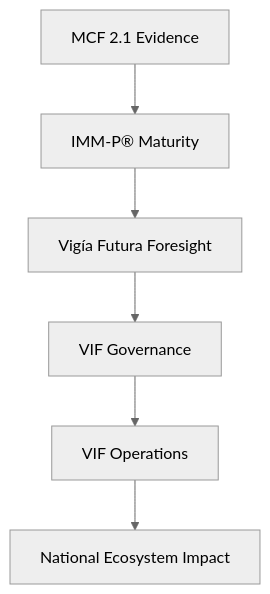
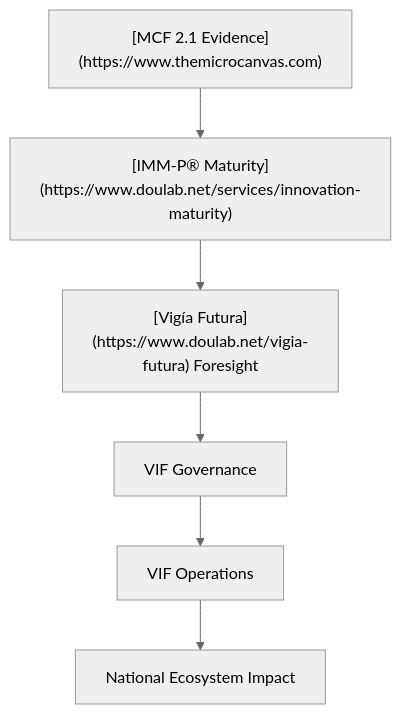
The first of 2 diagrams in vif/00-executive-summary.md (doulabglobal/vigia-incubanet-framework), drawn with Mermaid (neutral theme) before and after one commit. The commit also changed other lines of this file and 22 other files, not shown here.

Commit message:
chore: Updated links to Doulab, IMM-P, Vigia Futura and MicroCanvas Framework. Added the license project wide

````diff
--- a/vif/00-executive-summary.md
+++ b/vif/00-executive-summary.md
@@ -104,8 +104,8 @@
 ```mermaid
 flowchart TD
-    A[MCF 2.1 Evidence] --> B[IMM-P® Maturity]
-    B --> C[Vigía Futura Foresight]
+    A["[MCF 2.1 Evidence](https://www.themicrocanvas.com)"] --> B["[IMM-P® Maturity](https://www.doulab.net/services/innovation-maturity)"]
+    B --> C["[Vigía Futura](https://www.doulab.net/vigia-futura) Foresight"]
     C --> D[VIF Governance]
     D --> E[VIF Operations]
     E --> F[National Ecosystem Impact]
 ```
````
